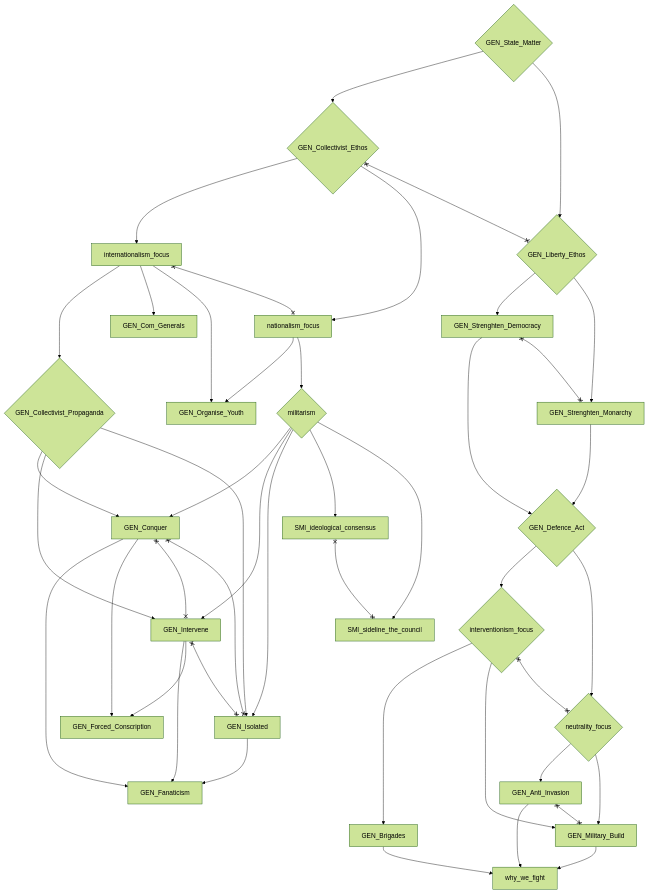
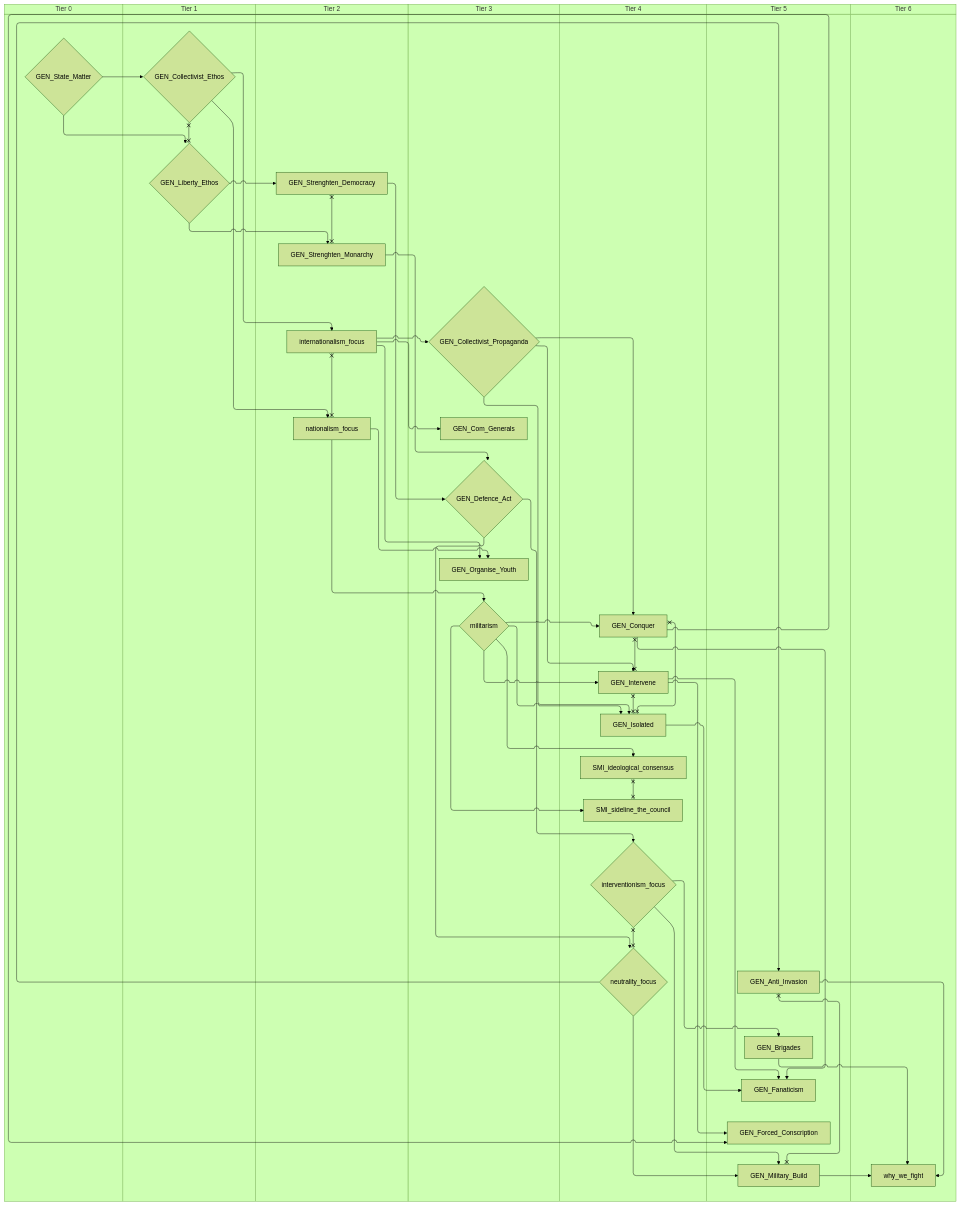
Before and after one commit to evgeny-sobol/hoi4-sandbox-mode-r56: the third of 5 diagrams in docs/gdd/National Focuses/r56_gen_shared.md, drawn with Mermaid (forest theme). The commit also changed other lines of this file and 423 other files, not shown here.

First line of the commit message:
Re-export Rt56 focus trees as swimlane diagrams

````diff
--- a/docs/gdd/National Focuses/r56_gen_shared.md
+++ b/docs/gdd/National Focuses/r56_gen_shared.md
@@ -118,72 +140,86 @@
 ```mermaid
-flowchart TD
-    n35["GEN_Anti_Invasion"]
-    n36["GEN_Brigades"]
-    n37{"GEN_Collectivist_Ethos"}
-    n38{"GEN_Collectivist_Propaganda"}
-    n39["GEN_Com_Generals"]
-    n40["GEN_Conquer"]
-    n41{"GEN_Defence_Act"}
-    n42["GEN_Fanaticism"]
-    n43["GEN_Forced_Conscription"]
-    n44["GEN_Intervene"]
-    n45["GEN_Isolated"]
-    n46{"GEN_Liberty_Ethos"}
-    n47["GEN_Military_Build"]
-    n48["GEN_Organise_Youth"]
-    n49{"GEN_State_Matter"}
-    n50["GEN_Strenghten_Democracy"]
-    n51["GEN_Strenghten_Monarchy"]
-    n52["SMI_ideological_consensus"]
-    n53["SMI_sideline_the_council"]
-    n54["internationalism_focus"]
-    n55{"interventionism_focus"}
-    n56{"militarism"}
-    n57["nationalism_focus"]
-    n58{"neutrality_focus"}
-    n59["why_we_fight"]
-    n58 --> n35
-    n55 --> n36
-    n49 --> n37
-    n54 --> n38
-    n54 --> n39
-    n56 --> n40
-    n38 --> n40
-    n51 --> n41
-    n50 --> n41
-    n45 --> n42
-    n44 --> n42
+swimlane-beta TD
+    subgraph tier_0["Tier 0"]
+        n35{"GEN_State_Matter"}
+    end
+    subgraph tier_1["Tier 1"]
+        n36{"GEN_Collectivist_Ethos"}
+        n37{"GEN_Liberty_Ethos"}
+    end
+    subgraph tier_2["Tier 2"]
+        n38["GEN_Strenghten_Democracy"]
+        n39["GEN_Strenghten_Monarchy"]
+        n40["internationalism_focus"]
+        n41["nationalism_focus"]
+    end
+    subgraph tier_3["Tier 3"]
+        n42{"GEN_Collectivist_Propaganda"}
+        n43["GEN_Com_Generals"]
+        n44{"GEN_Defence_Act"}
+        n45["GEN_Organise_Youth"]
+        n46{"militarism"}
+    end
+    subgraph tier_4["Tier 4"]
+        n47["GEN_Conquer"]
+        n48["GEN_Intervene"]
+        n49["GEN_Isolated"]
+        n50["SMI_ideological_consensus"]
+        n51["SMI_sideline_the_council"]
+        n52{"interventionism_focus"}
+        n53{"neutrality_focus"}
+    end
+    subgraph tier_5["Tier 5"]
+        n54["GEN_Anti_Invasion"]
+        n55["GEN_Brigades"]
+        n56["GEN_Fanaticism"]
+        n57["GEN_Forced_Conscription"]
+        n58["GEN_Military_Build"]
+    end
+    subgraph tier_6["Tier 6"]
+        n59["why_we_fight"]
+    end
+    n53 --> n54
+    n52 --> n55
+    n35 --> n36
     n40 --> n42
     n40 --> n43
-    n44 --> n43
-    n56 --> n44
+    n46 --> n47
+    n42 --> n47
+    n39 --> n44
     n38 --> n44
-    n56 --> n45
-    n38 --> n45
-    n49 --> n46
-    n58 --> n47
-    n55 --> n47
-    n57 --> n48
-    n54 --> n48
+    n49 --> n56
+    n48 --> n56
+    n47 --> n56
+    n47 --> n57
+    n48 --> n57
+    n46 --> n48
+    n42 --> n48
+    n46 --> n49
+    n42 --> n49
+    n35 --> n37
+    n53 --> n58
+    n52 --> n58
+    n41 --> n45
+    n40 --> n45
+    n37 --> n38
+    n37 --> n39
     n46 --> n50
     n46 --> n51
-    n56 --> n52
-    n56 --> n53
-    n37 --> n54
-    n41 --> n55
-    n57 --> n56
-    n37 --> n57
-    n41 --> n58
-    n35 --> n59
-    n47 --> n59
-    n36 --> n59
-    n35 x--x n47
-    n37 x--x n46
-    n40 x--x n44
-    n40 x--x n45
-    n44 x--x n45
+    n36 --> n40
+    n44 --> n52
+    n41 --> n46
+    n36 --> n41
+    n44 --> n53
+    n54 --> n59
+    n58 --> n59
+    n55 --> n59
+    n54 x--x n58
+    n36 x--x n37
+    n47 x--x n48
+    n47 x--x n49
+    n48 x--x n49
+    n38 x--x n39
     n50 x--x n51
+    n40 x--x n41
     n52 x--x n53
-    n54 x--x n57
-    n55 x--x n58
 ```
````
